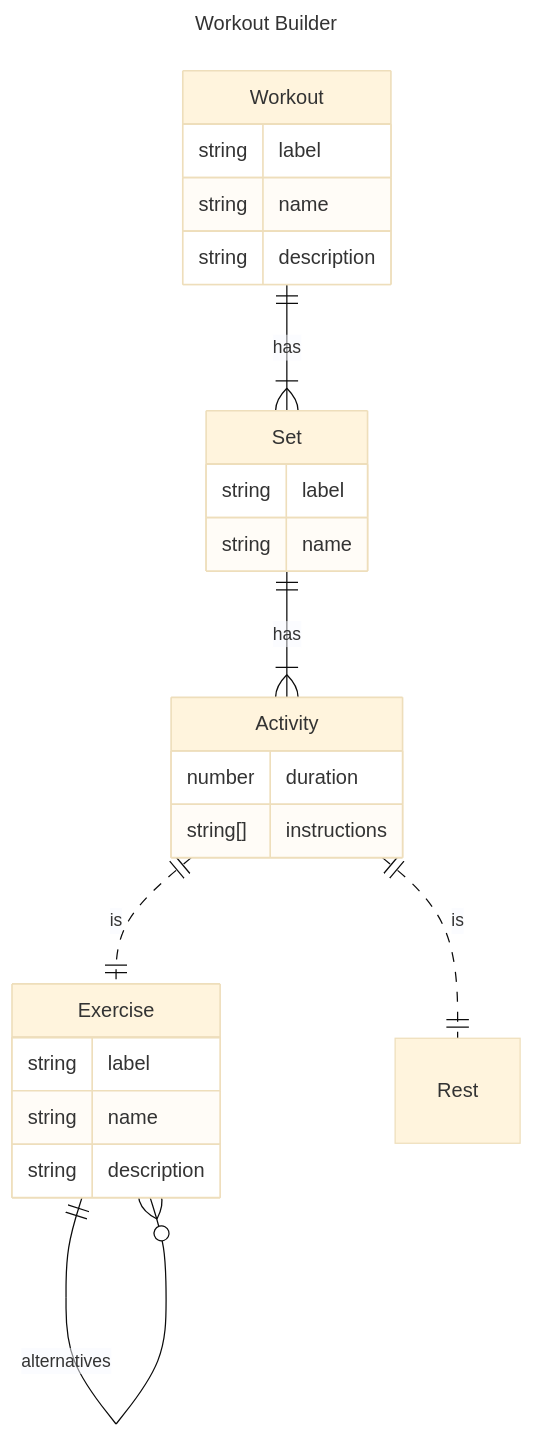
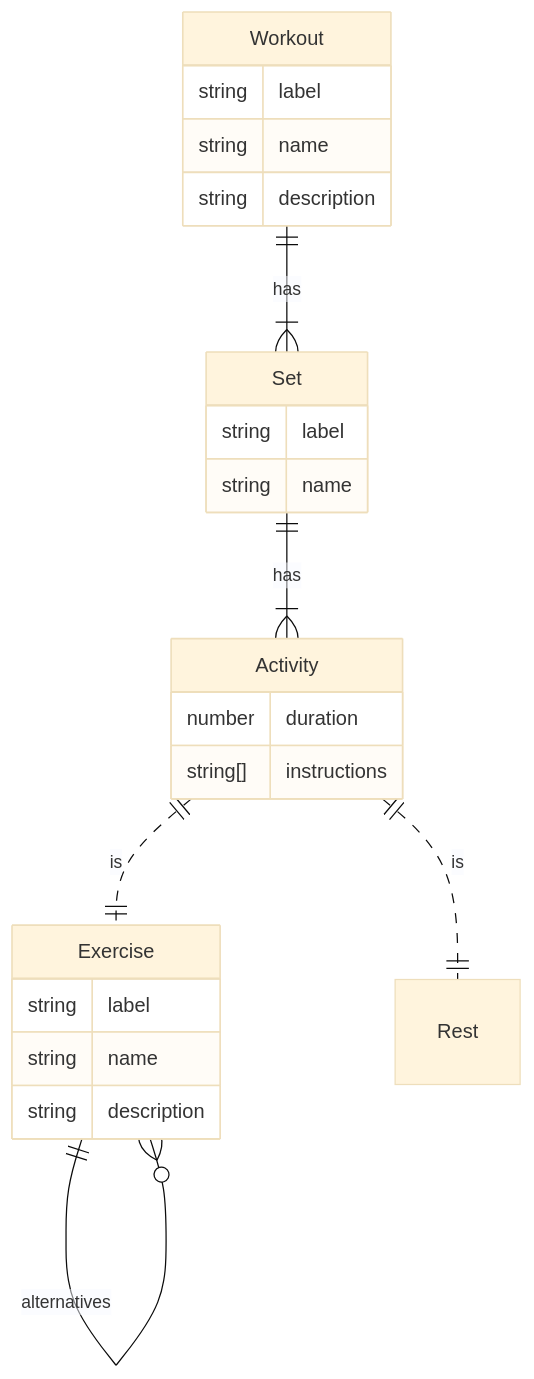
Before and after one commit to jmakeig/workout-builder3: the diagram in README.md, drawn with Mermaid (base theme). The commit also changed other lines of this file, not shown here.

````diff
--- a/README.md
+++ b/README.md
@@ -9,35 +9,35 @@
 ```mermaid
 ---
-title: Workout Builder
-config:
+# title: Workout Builder
+# config:
   # layout: elk
   # look: handDrawn
 ---
 
 erDiagram
     Workout {
         string label
         string name
         string description
     }
     Set {
         string label
         string name
     }
     Activity {
         number duration
         string[] instructions
     }
     Exercise {
         string label
         string name
         string description
     }
     Rest { }
 
     Workout ONE TO ONE OR MORE Set : "has"
     Set ONE TO ONE OR MORE Activity : "has"
     Activity ||..|| Exercise : "is"
     Activity ||..|| Rest : "is"
     Exercise ONE TO ZERO OR MORE Exercise : "alternatives"
 ```
````
